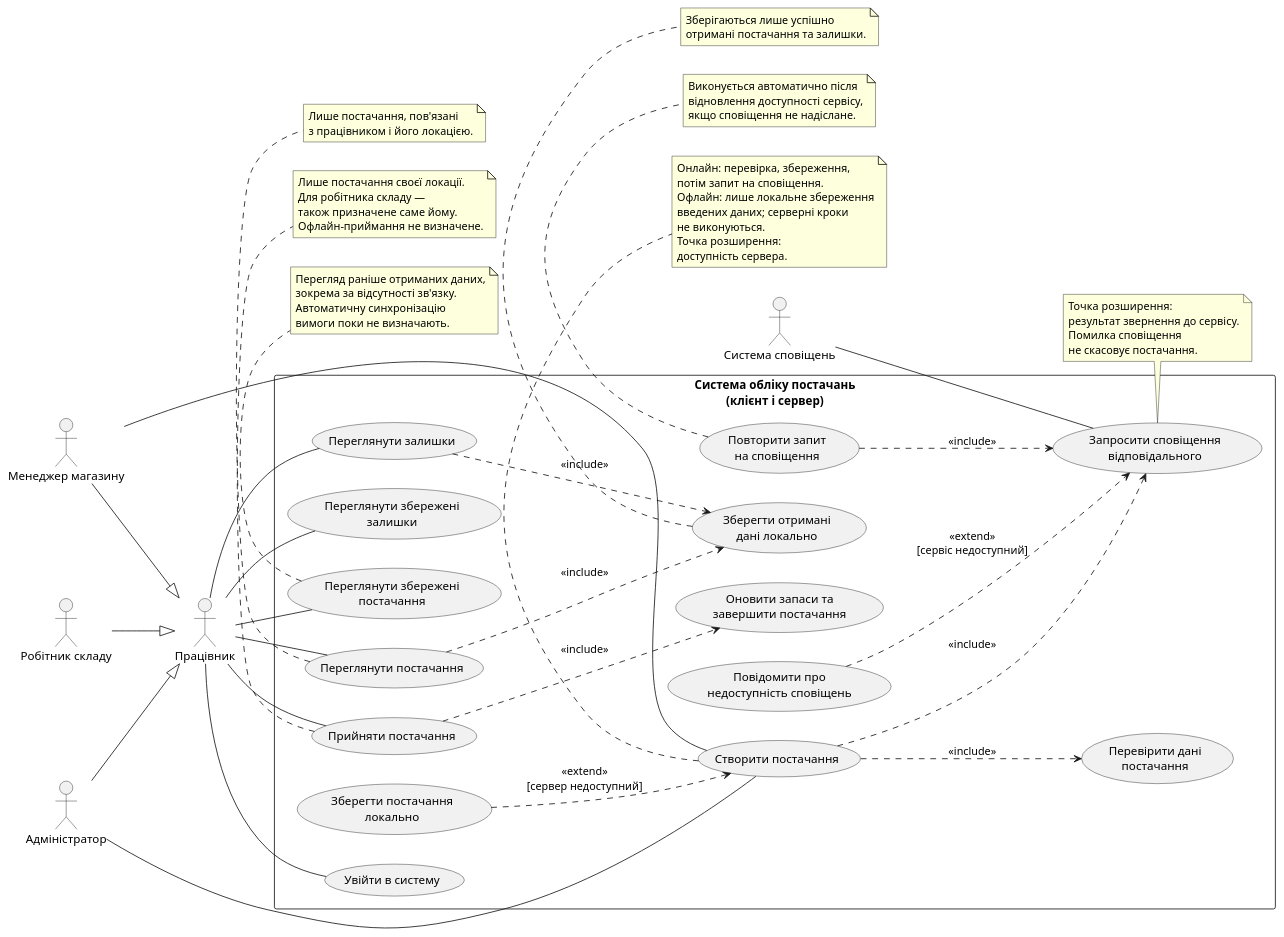
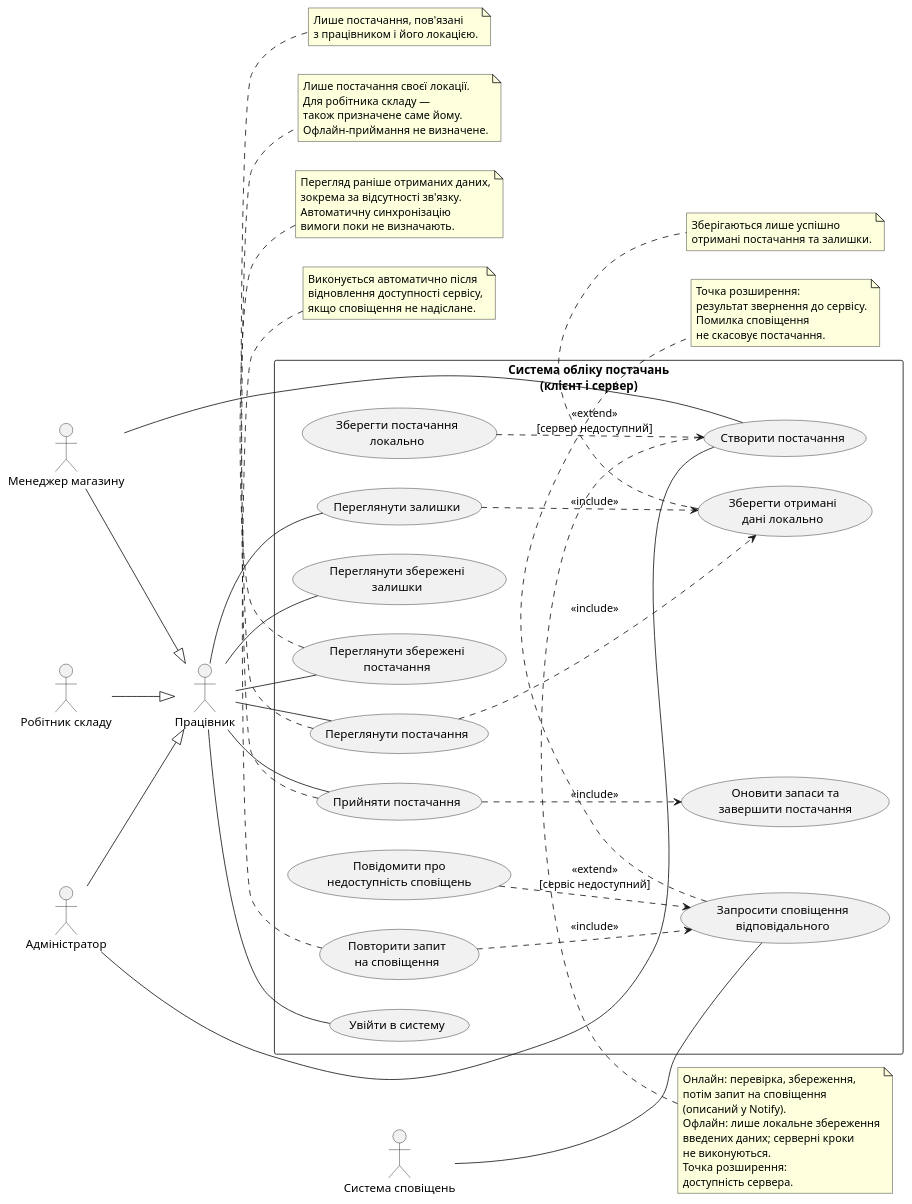
The diagram in lab2/use-case.puml (Petrovich-322/KPI), drawn with PlantUML before and after one commit.

Commit message:
use-case.puml №3 ai-prompt: згенеруй use-case діаграму на основі цих файлів, для уточнень по діаграмі використовуй use-case_spec

```diff
--- a/lab2/use-case.puml
+++ b/lab2/use-case.puml
@@ -1,109 +1,107 @@
 @startuml
 left to right direction
 skinparam shadowing false
 
 actor "Працівник" as Employee
 actor "Менеджер магазину" as Manager
 actor "Робітник складу" as Worker
 actor "Адміністратор" as Admin
 actor "Система сповіщень" as Notifications
 
 Manager --|> Employee
 Worker --|> Employee
 Admin --|> Employee
 
 rectangle "Система обліку постачань\n(клієнт і сервер)" {
 
     usecase "Увійти в систему" as Login
 
     usecase "Створити постачання" as Create
-    usecase "Перевірити дані\nпостачання" as Validate
     usecase "Зберегти постачання\nлокально" as SaveDraft
 
     usecase "Запросити сповіщення\nвідповідального" as Notify
     usecase "Повідомити про\nнедоступність сповіщень" as NotifyFailure
     usecase "Повторити запит\nна сповіщення" as RetryNotify
 
     usecase "Переглянути постачання" as ViewSupply
     usecase "Переглянути залишки" as ViewStock
     usecase "Зберегти отримані\nдані локально" as Cache
     usecase "Переглянути збережені\nпостачання" as CachedSupply
     usecase "Переглянути збережені\nзалишки" as CachedStock
 
     usecase "Прийняти постачання" as Accept
     usecase "Оновити запаси та\nзавершити постачання" as Update
 }
 
 Employee -- Login
 Employee -- ViewSupply
 Employee -- ViewStock
 Employee -- CachedSupply
 Employee -- CachedStock
 Employee -- Accept
 
 Manager -- Create
 Admin -- Create
 
 Notifications -- Notify
 
-Create ..> Validate : <<include>>
-Create ..> Notify : <<include>>
 
 SaveDraft ..> Create : <<extend>>\n[сервер недоступний]
 
 ViewSupply ..> Cache : <<include>>
 ViewStock ..> Cache : <<include>>
 
 NotifyFailure ..> Notify : <<extend>>\n[сервіс недоступний]
 RetryNotify ..> Notify : <<include>>
 
 Accept ..> Update : <<include>>
 
-note bottom of Create
+note top of Create
   Онлайн: перевірка, збереження,
-  потім запит на сповіщення.
+  потім запит на сповіщення
+  (описаний у Notify).
   Офлайн: лише локальне збереження
   введених даних; серверні кроки
   не виконуються.
   Точка розширення:
   доступність сервера.
 end note
 
 note bottom of Notify
   Точка розширення:
   результат звернення до сервісу.
   Помилка сповіщення
   не скасовує постачання.
 end note
 
-note bottom of RetryNotify
+note top of RetryNotify
   Виконується автоматично після
   відновлення доступності сервісу,
   якщо сповіщення не надіслане.
 end note
 
 note bottom of Cache
   Зберігаються лише успішно
   отримані постачання та залишки.
 end note
 
-note bottom of CachedSupply
+note top of CachedSupply
   Перегляд раніше отриманих даних,
   зокрема за відсутності зв'язку.
   Автоматичну синхронізацію
   вимоги поки не визначають.
 end note
 
 note bottom of Accept
   Лише постачання своєї локації.
   Для робітника складу —
   також призначене саме йому.
   Офлайн-приймання не визначене.
 end note
 
 note bottom of ViewSupply
   Лише постачання, пов'язані
   з працівником і його локацією.
 end note
 
 @enduml
```
